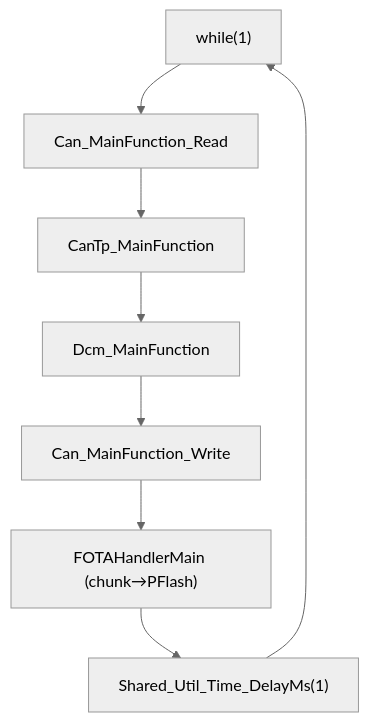
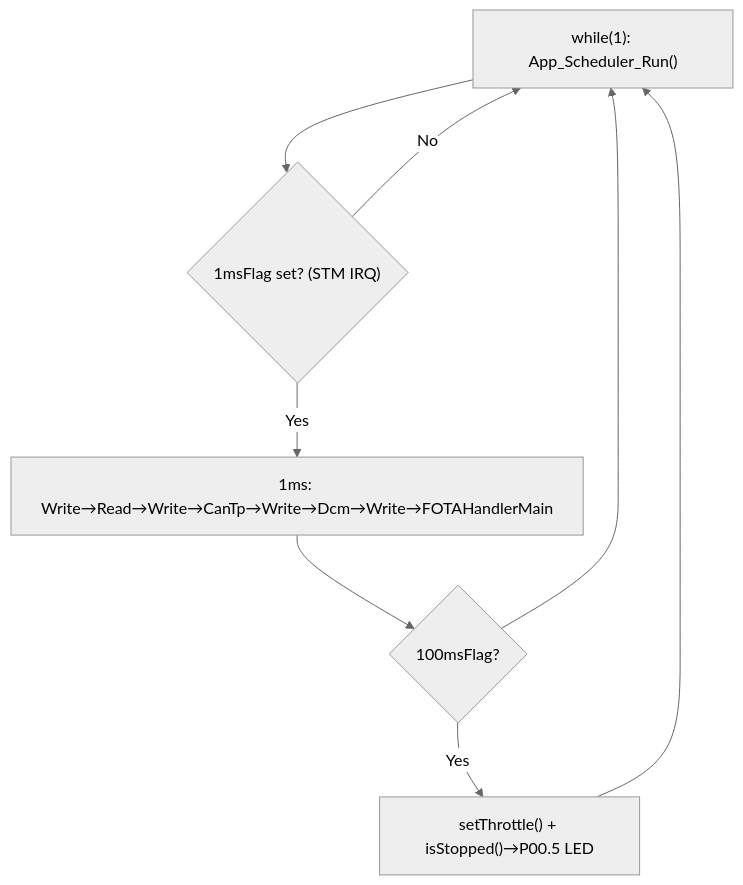
Before and after one commit to kdt-fibonacci/fota-reprogramming: the fourth of 4 diagrams in docs/04_motion_ecu_architecture.md, drawn with Mermaid (neutral theme). The commit also changed other lines of this file and 5 other files, not shown here.

````diff
--- a/docs/04_motion_ecu_architecture.md
+++ b/docs/04_motion_ecu_architecture.md
@@ -135,10 +143,10 @@
 ```mermaid
 flowchart TD
-    S["while(1)"] --> R["Can_MainFunction_Read"]
-    R --> C["CanTp_MainFunction"]
-    C --> D["Dcm_MainFunction"]
-    D --> W["Can_MainFunction_Write"]
-    W --> F["FOTAHandlerMain (chunk→PFlash)"]
-    F --> DLY["Shared_Util_Time_DelayMs(1)"]
-    DLY --> S
+    S["while(1): App_Scheduler_Run()"] --> CHK{"1msFlag set? (STM IRQ)"}
+    CHK -- No --> S
+    CHK -- Yes --> R1["1ms: Write→Read→Write→CanTp→Write→Dcm→Write→FOTAHandlerMain"]
+    R1 --> C100{"100msFlag?"}
+    C100 -- Yes --> T100["setThrottle() + isStopped()→P00.5 LED"]
+    C100 --> S
+    T100 --> S
 ```
````
